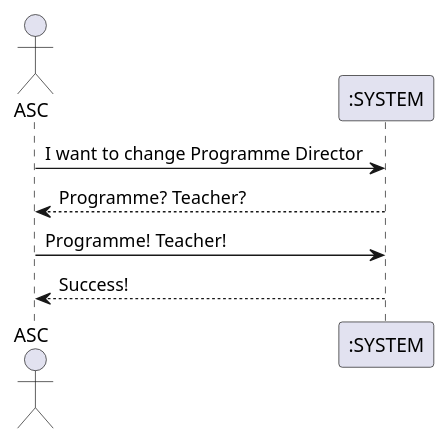
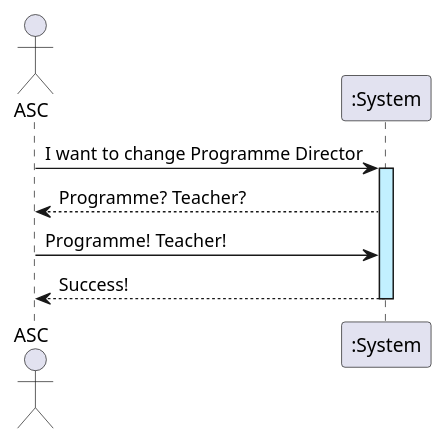
The diagram in docs/US12/US12_SSD.puml (GasparISEP/DevOps-PAI), drawn with PlantUML before and after one commit. The commit also changed 2 other files, not shown here.

Commit message:
Updated US12 diagrams, fix #36

```diff
--- a/docs/US12/US12_SSD.puml
+++ b/docs/US12/US12_SSD.puml
@@ -1,17 +1,11 @@
 @startuml
 actor ASC
-participant ":SYSTEM" as UI
+participant ":System" as UI
 
 
-ASC -> UI : I want to change Programme Director
-
+ASC -> UI ++#application: I want to change Programme Director
 UI --> ASC : Programme? Teacher?
-Deactivate UI
 ASC -> UI : Programme! Teacher!
-
-
-
-
-UI --> ASC : Success!
+UI --> ASC --: Success!
 
 @enduml
```
